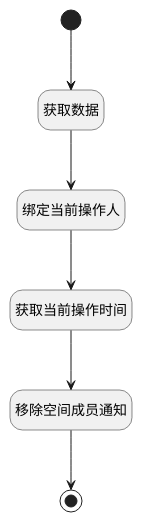
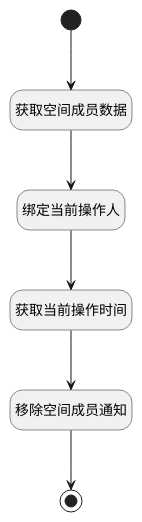
Before and after one commit to iBizLab/plm: the diagram in doc/docsify/module/Wiki/space_member/logic/remove_space_member_notify.md, drawn with PlantUML. The commit also changed other lines of this file and 1778 other files, not shown here.

````diff
--- a/doc/docsify/module/Wiki/space_member/logic/remove_space_member_notify.md
+++ b/doc/docsify/module/Wiki/space_member/logic/remove_space_member_notify.md
@@ -7,27 +7,27 @@
 ```plantuml
 @startuml
 hide empty description
 <style>
 root {
   HyperlinkColor #42b983
 }
 </style>
 
 hide empty description
 state "开始" as Begin <<start>> [[$./remove_space_member_notify#begin {"开始"}]]
-state "获取数据" as DEACTION1  [[$./remove_space_member_notify#deaction1 {"获取数据"}]]
+state "获取空间成员数据" as DEACTION1  [[$./remove_space_member_notify#deaction1 {"获取空间成员数据"}]]
 state "绑定当前操作人" as PREPAREPARAM1  [[$./remove_space_member_notify#prepareparam1 {"绑定当前操作人"}]]
 state "获取当前操作时间" as RAWSFCODE1  [[$./remove_space_member_notify#rawsfcode1 {"获取当前操作时间"}]]
 state "移除空间成员通知" as DENOTIFY1  [[$./remove_space_member_notify#denotify1 {"移除空间成员通知"}]]
 state "结束" as END1 <<end>> [[$./remove_space_member_notify#end1 {"结束"}]]
 
 
 Begin --> DEACTION1
 DEACTION1 --> PREPAREPARAM1
 PREPAREPARAM1 --> RAWSFCODE1
 RAWSFCODE1 --> DENOTIFY1
 DENOTIFY1 --> END1
 
 
 @enduml
 ```
````
